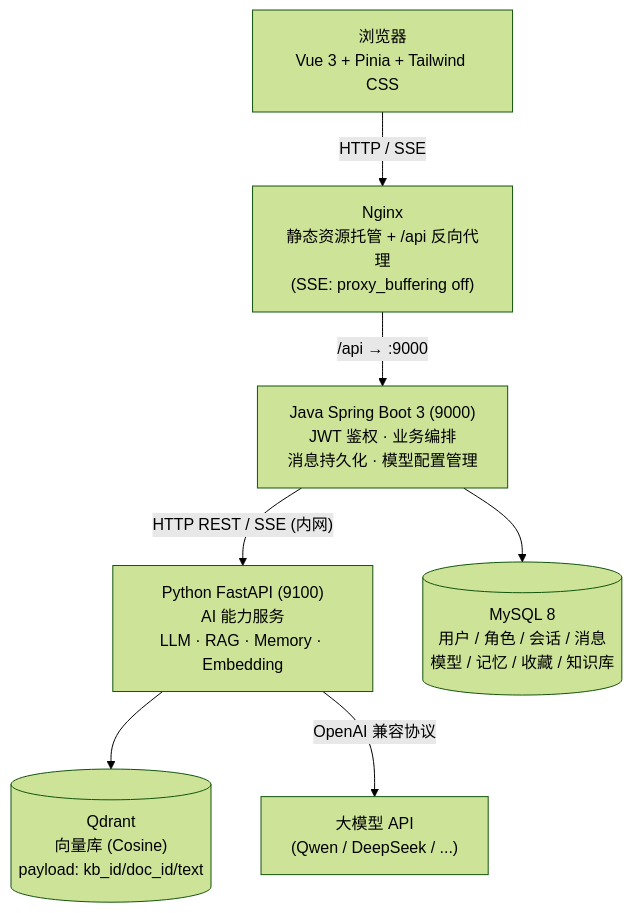
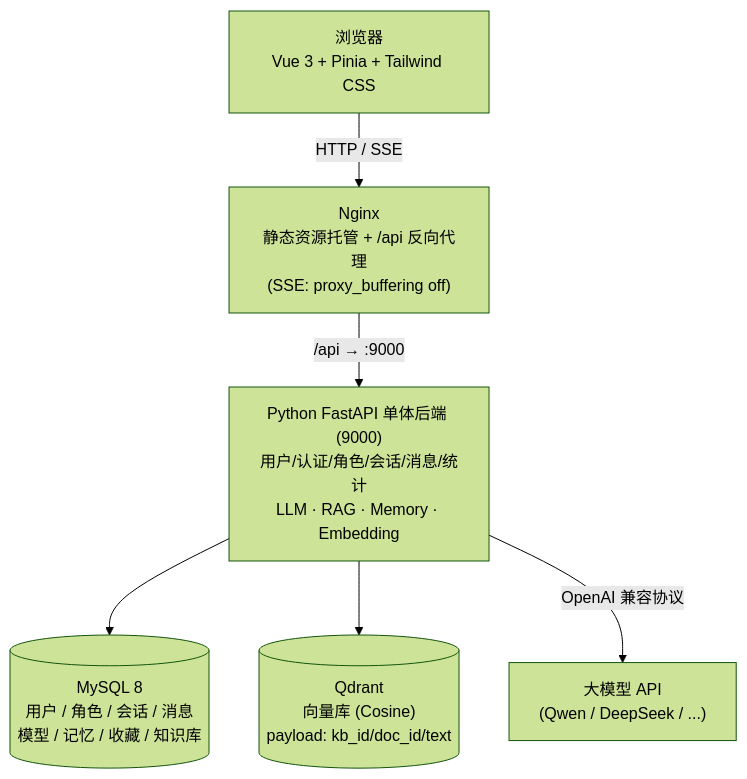
One commit to KONGBAI666666/xinyu changed the first of 4 diagrams in README.md. Above: the diagram before and after it, drawn with Mermaid (forest theme). The commit also changed other lines of this file and 227 other files, not shown here.

First line of the commit message:
refactor: 后端架构迁移为 Python FastAPI 单体, 移除 Java 与独立 AI 服务

````diff
--- a/README.md
+++ b/README.md
@@ -50,16 +50,14 @@
 ```mermaid
 flowchart TB
     Browser["浏览器<br/>Vue 3 + Pinia + Tailwind CSS"]
     Nginx["Nginx<br/>静态资源托管 + /api 反向代理<br/>(SSE: proxy_buffering off)"]
-    Java["Java Spring Boot 3 (9000)<br/>JWT 鉴权 · 业务编排<br/>消息持久化 · 模型配置管理"]
-    Python["Python FastAPI (9100)<br/>AI 能力服务<br/>LLM · RAG · Memory · Embedding"]
+    Backend["Python FastAPI 单体后端 (9000)<br/>用户/认证/角色/会话/消息/统计<br/>LLM · RAG · Memory · Embedding"]
     Qdrant[("Qdrant<br/>向量库 (Cosine)<br/>payload: kb_id/doc_id/text")]
     MySQL[("MySQL 8<br/>用户 / 角色 / 会话 / 消息<br/>模型 / 记忆 / 收藏 / 知识库")]
 
     Browser -- "HTTP / SSE" --> Nginx
-    Nginx -- "/api → :9000" --> Java
-    Java -- "HTTP REST / SSE (内网)" --> Python
-    Java --> MySQL
-    Python --> Qdrant
-    Python -- "OpenAI 兼容协议" --> LLM["大模型 API<br/>(Qwen / DeepSeek / ...)"]
+    Nginx -- "/api → :9000" --> Backend
+    Backend --> MySQL
+    Backend --> Qdrant
+    Backend -- "OpenAI 兼容协议" --> LLM["大模型 API<br/>(Qwen / DeepSeek / ...)"]
 ```
````
